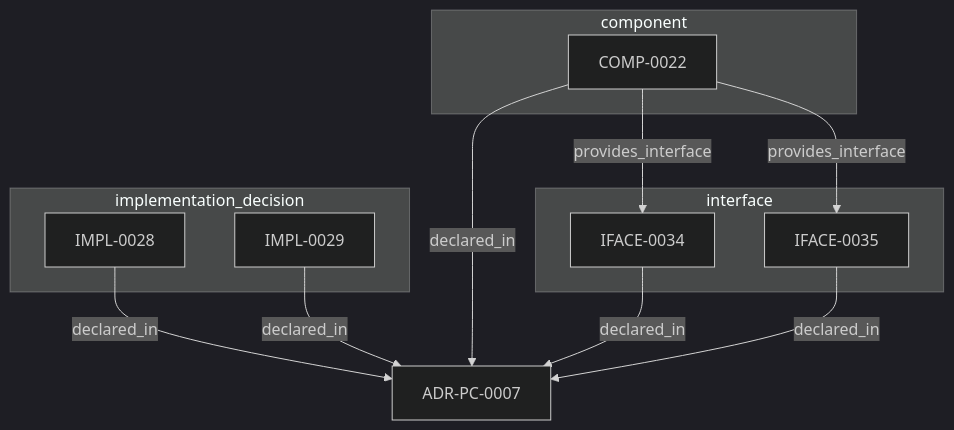
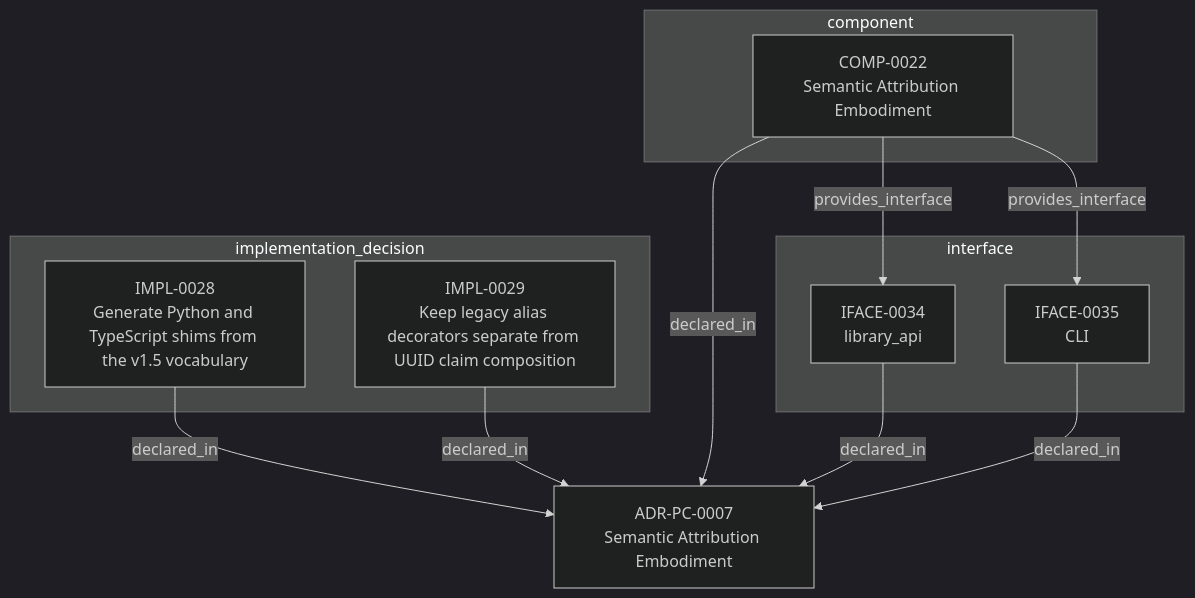
The second of 2 diagrams in adrs/adr-projection/physical-component/ADR-PC-0007-semantic-attribution-embodiment.md (egallmann/adr-architecture-kit), drawn with Mermaid (dark theme) before and after one commit. The commit also changed other lines of this file and 35 other files, not shown here.

````diff
--- a/adrs/adr-projection/physical-component/ADR-PC-0007-semantic-attribution-embodiment.md
+++ b/adrs/adr-projection/physical-component/ADR-PC-0007-semantic-attribution-embodiment.md
@@ -79,22 +128,22 @@
 ```mermaid
 flowchart TB
-  n_019ffdba_3c42_70da_b33d_efc003269c42["ADR-PC-0007"]
+  n_019ffdba_3c42_70da_b33d_efc003269c42["ADR-PC-0007<br/>Semantic Attribution Embodiment"]
   subgraph sg_component["component"]
-    n_019ffdba_3c42_75d5_b93b_f32f35152e32["COMP-0022"]
+    n_019ffdba_3c42_75d5_b93b_f32f35152e32["COMP-0022<br/>Semantic Attribution Embodiment"]
   end
   subgraph sg_interface["interface"]
-    n_019ffdba_3c42_77f6_903f_7753342c5b5f["IFACE-0034"]
-    n_019ffdba_3c42_7d5b_b52f_b36c3000f299["IFACE-0035"]
+    n_019ffdba_3c42_77f6_903f_7753342c5b5f["IFACE-0034<br/>library_api"]
+    n_019ffdba_3c42_7d5b_b52f_b36c3000f299["IFACE-0035<br/>CLI"]
   end
   subgraph sg_implementation_decision["implementation_decision"]
-    n_019ffdba_3c42_7e86_a03e_f7df07da6757["IMPL-0028"]
-    n_019ffdba_3c42_7021_923f_bf8e6bd06d07["IMPL-0029"]
+    n_019ffdba_3c42_7e86_a03e_f7df07da6757["IMPL-0028<br/>Generate Python and TypeScript shims from the v1.5 vocabulary"]
+    n_019ffdba_3c42_7021_923f_bf8e6bd06d07["IMPL-0029<br/>Keep legacy alias decorators separate from UUID claim composition"]
   end
   n_019ffdba_3c42_7021_923f_bf8e6bd06d07 -->|"declared_in"| n_019ffdba_3c42_70da_b33d_efc003269c42
   n_019ffdba_3c42_75d5_b93b_f32f35152e32 -->|"declared_in"| n_019ffdba_3c42_70da_b33d_efc003269c42
   n_019ffdba_3c42_77f6_903f_7753342c5b5f -->|"declared_in"| n_019ffdba_3c42_70da_b33d_efc003269c42
   n_019ffdba_3c42_7d5b_b52f_b36c3000f299 -->|"declared_in"| n_019ffdba_3c42_70da_b33d_efc003269c42
   n_019ffdba_3c42_7e86_a03e_f7df07da6757 -->|"declared_in"| n_019ffdba_3c42_70da_b33d_efc003269c42
   n_019ffdba_3c42_75d5_b93b_f32f35152e32 -->|"provides_interface"| n_019ffdba_3c42_77f6_903f_7753342c5b5f
   n_019ffdba_3c42_75d5_b93b_f32f35152e32 -->|"provides_interface"| n_019ffdba_3c42_7d5b_b52f_b36c3000f299
 ```
````
